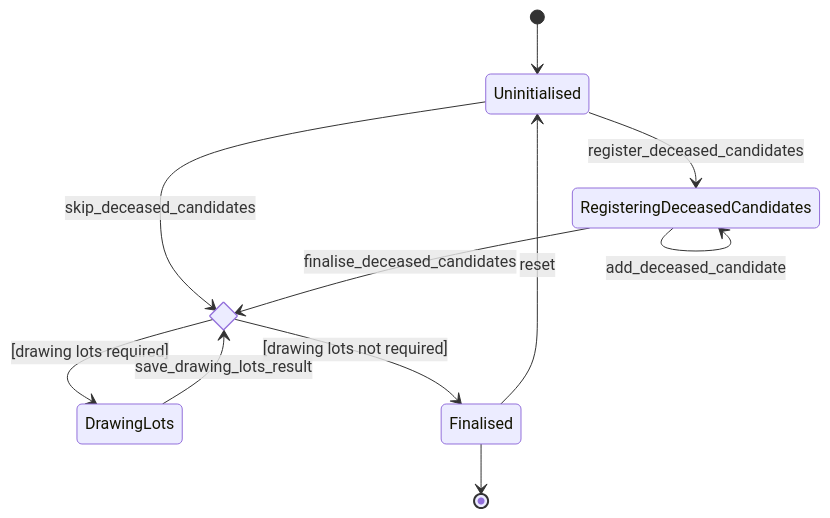
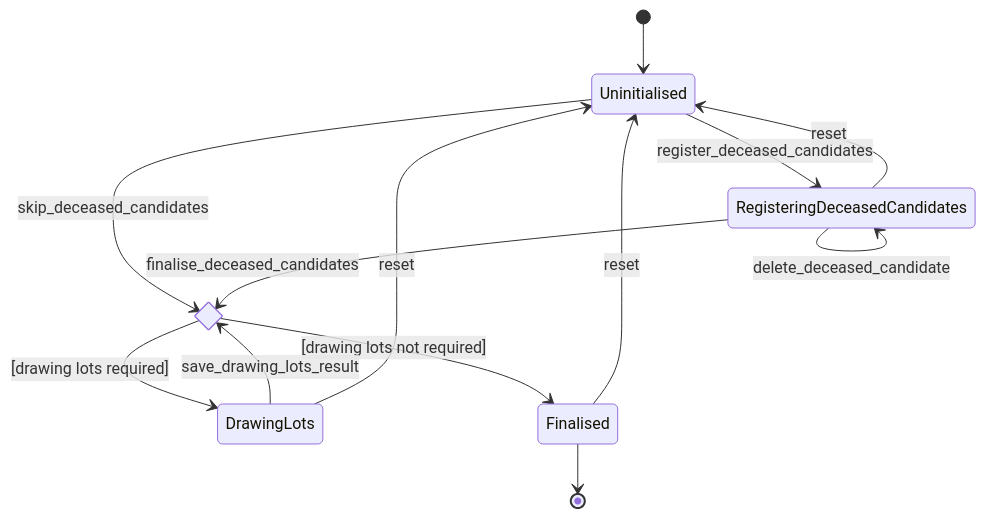
One commit to kiesraad/abacus changed the diagram in documentatie/state-machines/apportionment.md. Above: the diagram before and after it, drawn with Mermaid.

Commit message:
Add delete_deceased_candidate and more reset transitions

````diff
--- a/documentatie/state-machines/apportionment.md
+++ b/documentatie/state-machines/apportionment.md
@@ -6,18 +6,22 @@
 ```mermaid
 stateDiagram-v2
   [*] --> Uninitialised
 
   Uninitialised --> RegisteringDeceasedCandidates : register_deceased_candidates
   RegisteringDeceasedCandidates --> RegisteringDeceasedCandidates : add_deceased_candidate
+  RegisteringDeceasedCandidates --> RegisteringDeceasedCandidates : delete_deceased_candidate
 
   state is_drawing_lots_required <<choice>>
   Uninitialised --> is_drawing_lots_required : skip_deceased_candidates
   RegisteringDeceasedCandidates --> is_drawing_lots_required : finalise_deceased_candidates
   is_drawing_lots_required --> DrawingLots : [drawing lots required]
   is_drawing_lots_required --> Finalised : [drawing lots not required]
 
   DrawingLots --> is_drawing_lots_required : save_drawing_lots_result
 
+  RegisteringDeceasedCandidates --> Uninitialised : reset
+  DrawingLots --> Uninitialised : reset
   Finalised --> Uninitialised : reset
+  
   Finalised --> [*]
 ```
````
